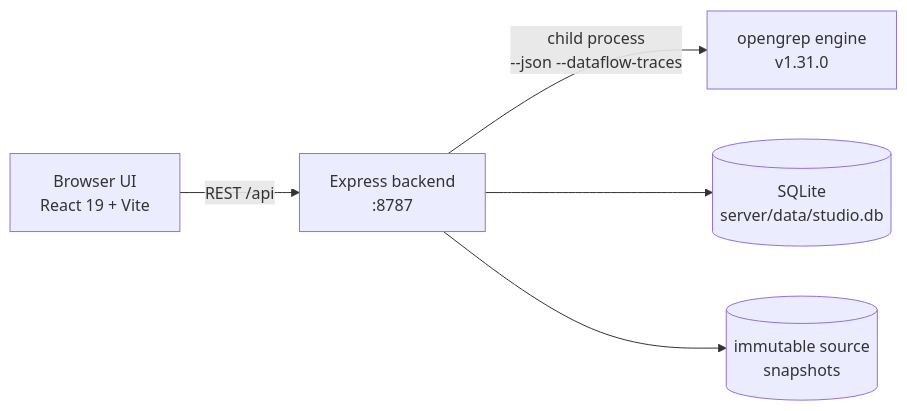
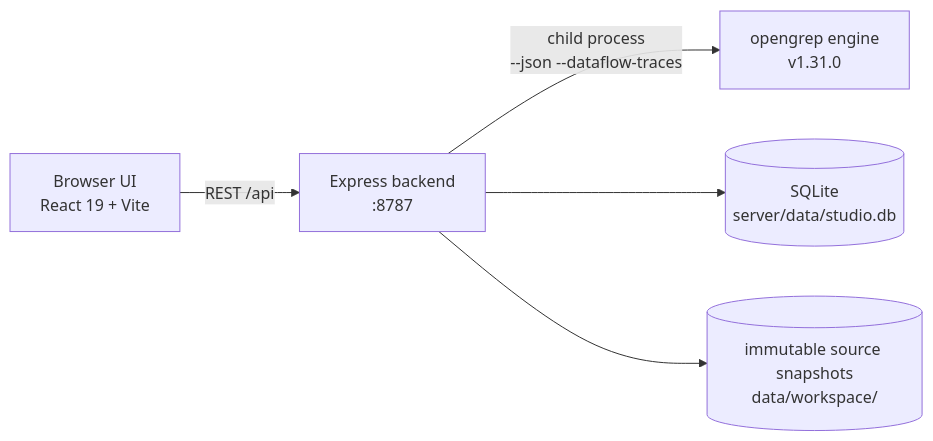
Before and after one commit to Lyfxxk/Opengrep-Studio: the diagram in README.en.md, drawn with Mermaid. The commit also changed other lines of this file and 1 other file, not shown here.

````diff
--- a/README.en.md
+++ b/README.en.md
@@ -115,7 +189,7 @@
 ```mermaid
 flowchart LR
     U["Browser UI<br/>React 19 + Vite"] -->|"REST /api"| S["Express backend<br/>:8787"]
     S -->|"child process<br/>--json --dataflow-traces"| E["opengrep engine<br/>v1.31.0"]
     S --> DB[("SQLite<br/>server/data/studio.db")]
-    S --> FS[("immutable source<br/>snapshots")]
+    S --> FS[("immutable source snapshots<br/>data/workspace/")]
 ```
````
